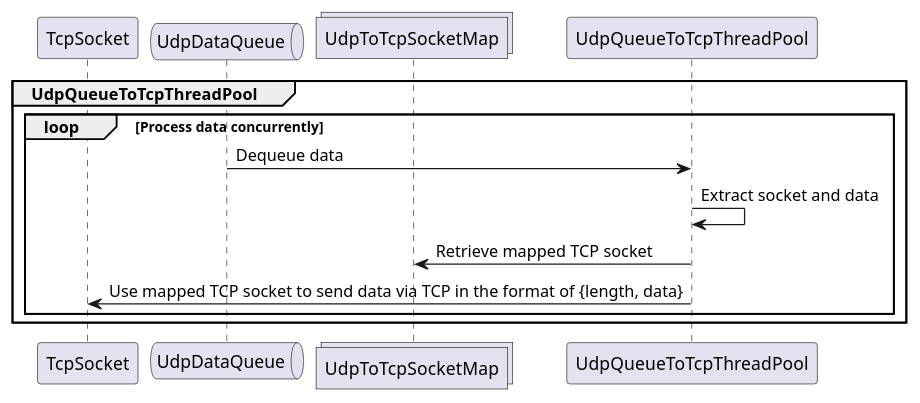
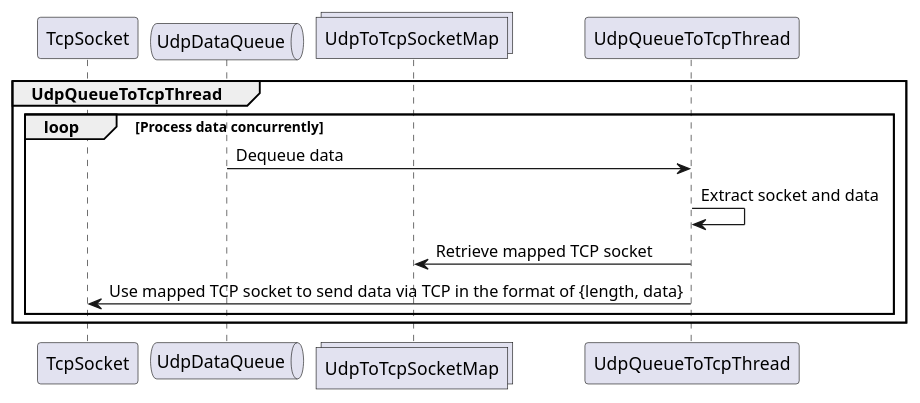
The fifth of 6 diagrams in doc/server.md (xiguichen/tcpudp), drawn with PlantUML before and after one commit. The commit also changed other lines of this file and 21 other files, not shown here.

```diff
--- a/doc/server.md
+++ b/doc/server.md
@@ -97,15 +97,15 @@
 @startuml
 participant TcpSocket
 queue UdpDataQueue
 collections UdpToTcpSocketMap
 
-group UdpQueueToTcpThreadPool
+group UdpQueueToTcpThread
     loop Process data concurrently
-        UdpDataQueue -> UdpQueueToTcpThreadPool: Dequeue data
-        UdpQueueToTcpThreadPool -> UdpQueueToTcpThreadPool: Extract socket and data
-        UdpQueueToTcpThreadPool -> UdpToTcpSocketMap: Retrieve mapped TCP socket
-        UdpQueueToTcpThreadPool -> TcpSocket: Use mapped TCP socket to send data via TCP in the format of {length, data}
+        UdpDataQueue -> UdpQueueToTcpThread: Dequeue data
+        UdpQueueToTcpThread -> UdpQueueToTcpThread: Extract socket and data
+        UdpQueueToTcpThread -> UdpToTcpSocketMap: Retrieve mapped TCP socket
+        UdpQueueToTcpThread -> TcpSocket: Use mapped TCP socket to send data via TCP in the format of {length, data}
     end
 end
 
 @enduml
```
